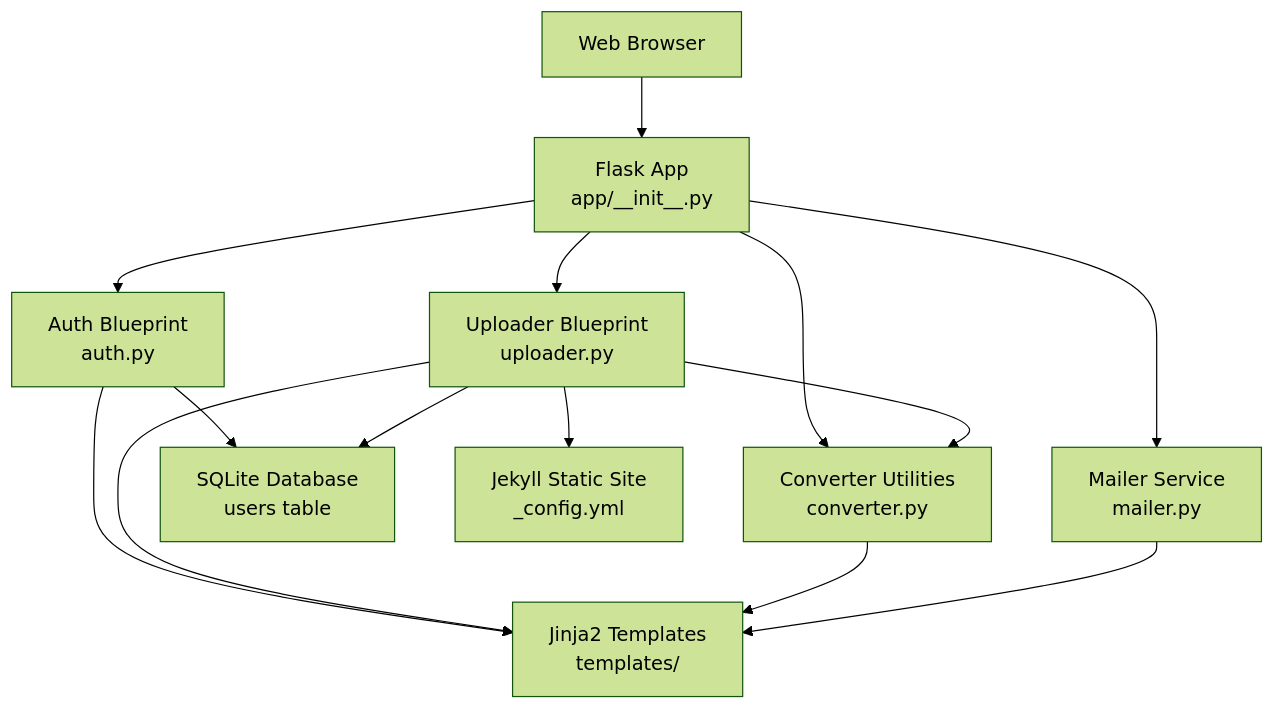
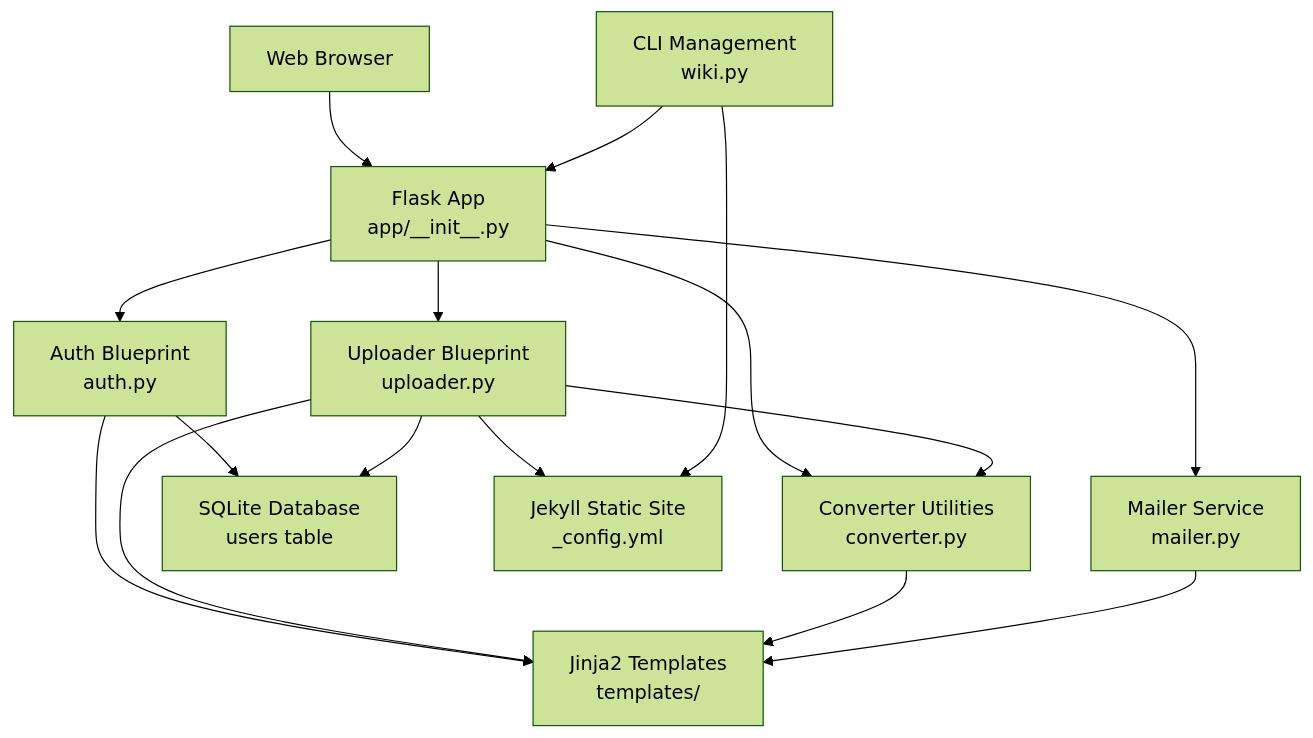
The second of 8 diagrams in .qoder/repowiki/en/content/Backend Application/Application Architecture.md (PolarisW007/PolaZhenJing), drawn with Mermaid (forest theme) before and after one commit. The commit also changed other lines of this file and 12 other files, not shown here.

````diff
--- a/.qoder/repowiki/en/content/Backend Application/Application Architecture.md
+++ b/.qoder/repowiki/en/content/Backend Application/Application Architecture.md
@@ -100,25 +121,28 @@
 ```mermaid
 graph TB
 Client["Web Browser"]
 FLASK["Flask App<br/>app/__init__.py"]
 AUTH["Auth Blueprint<br/>auth.py"]
 UP["Uploader Blueprint<br/>uploader.py"]
 CONV["Converter Utilities<br/>converter.py"]
 MAIL["Mailer Service<br/>mailer.py"]
 DB["SQLite Database<br/>users table"]
 TPL["Jinja2 Templates<br/>templates/"]
 JEKYLL["Jekyll Static Site<br/>_config.yml"]
+CLI["CLI Management<br/>wiki.py"]
 Client --> FLASK
 FLASK --> AUTH
 FLASK --> UP
 FLASK --> CONV
 FLASK --> MAIL
 AUTH --> DB
 UP --> DB
 UP --> CONV
 UP --> JEKYLL
 AUTH --> TPL
 UP --> TPL
 CONV --> TPL
 MAIL --> TPL
+CLI --> JEKYLL
+CLI --> FLASK
 ```
````
